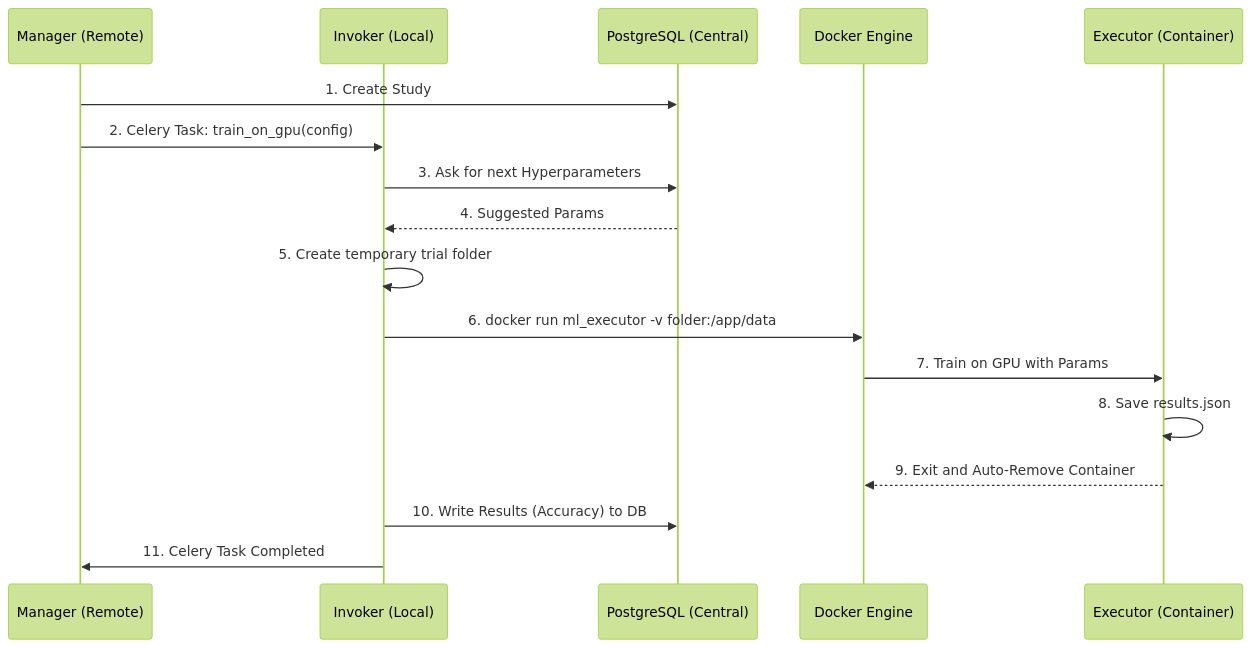
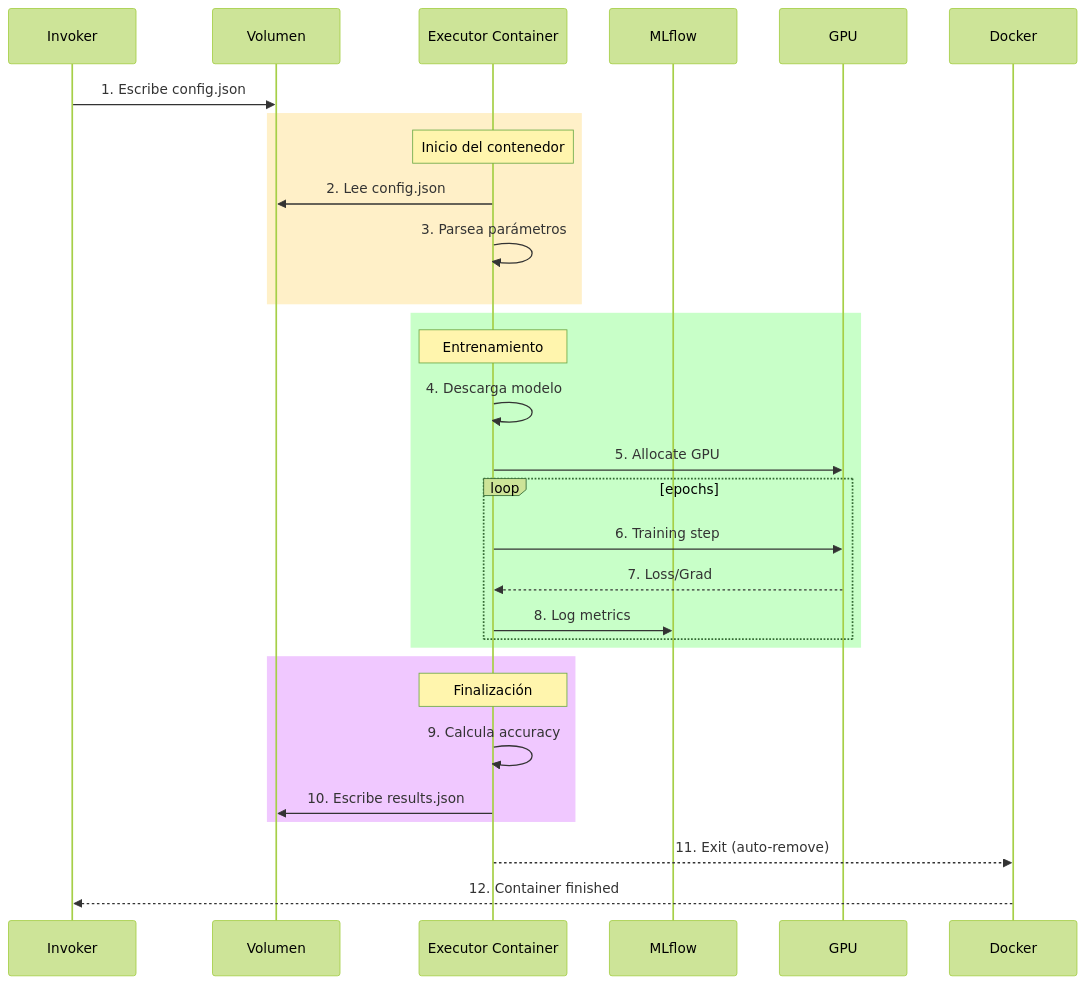
The second of 3 diagrams in README.md (wisrovi/wyoloservice2_worker), drawn with Mermaid (forest theme) before and after one commit. The commit also changed other lines of this file, not shown here.

Commit message:
docs: Update README with architecture diagrams (walkthrough, workflow, components, lifecycle, files)

````diff
--- a/README.md
+++ b/README.md
@@ -21,20 +55,37 @@
 ```mermaid
 sequenceDiagram
-    participant M as Manager (Remote)
-    participant I as Invoker (Local)
-    participant DB as PostgreSQL (Central)
-    participant D as Docker Engine
-    participant E as Executor (Container)
+    participant I as Invoker
+    participant V as Volumen
+    participant E as Executor Container
+    participant ML as MLflow
+    participant GPU as GPU
+    participant D as Docker
 
-    M->>DB: 1. Create Study
-    M->>I: 2. Celery Task: train_on_gpu(config)
-    I->>DB: 3. Ask for next Hyperparameters
-    DB-->>I: 4. Suggested Params
-    I->>I: 5. Create temporary trial folder
-    I->>D: 6. docker run ml_executor -v folder:/app/data
-    D->>E: 7. Train on GPU with Params
-    E->>E: 8. Save results.json
-    E-->>D: 9. Exit and Auto-Remove Container
-    I->>DB: 10. Write Results (Accuracy) to DB
-    I->>M: 11. Celery Task Completed
+    I->>V: 1. Escribe config.json
+    
+    rect rgb(255, 240, 200)
+        note over E: Inicio del contenedor
+        E->>V: 2. Lee config.json
+        E->>E: 3. Parsea parámetros
+    end
+    
+    rect rgb(200, 255, 200)
+        note over E: Entrenamiento
+        E->>E: 4. Descarga modelo
+        E->>GPU: 5. Allocate GPU
+        loop epochs
+            E->>GPU: 6. Training step
+            GPU-->>E: 7. Loss/Grad
+            E->>ML: 8. Log metrics
+        end
+    end
+    
+    rect rgb(240, 200, 255)
+        note over E: Finalización
+        E->>E: 9. Calcula accuracy
+        E->>V: 10. Escribe results.json
+    end
+    
+    E-->>D: 11. Exit (auto-remove)
+    D-->>I: 12. Container finished
 ```
````
